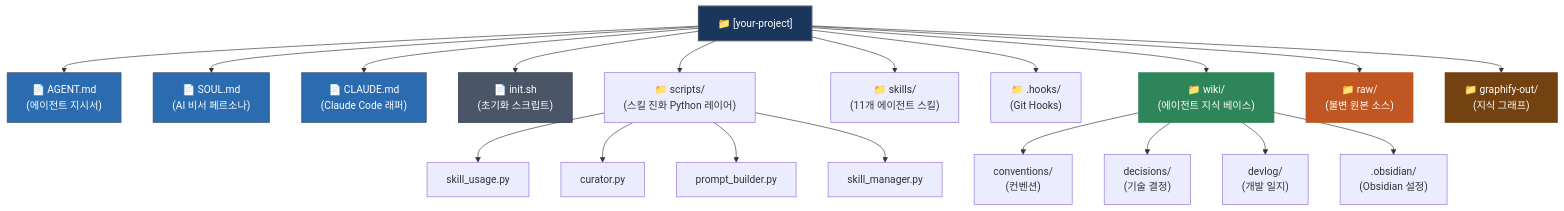
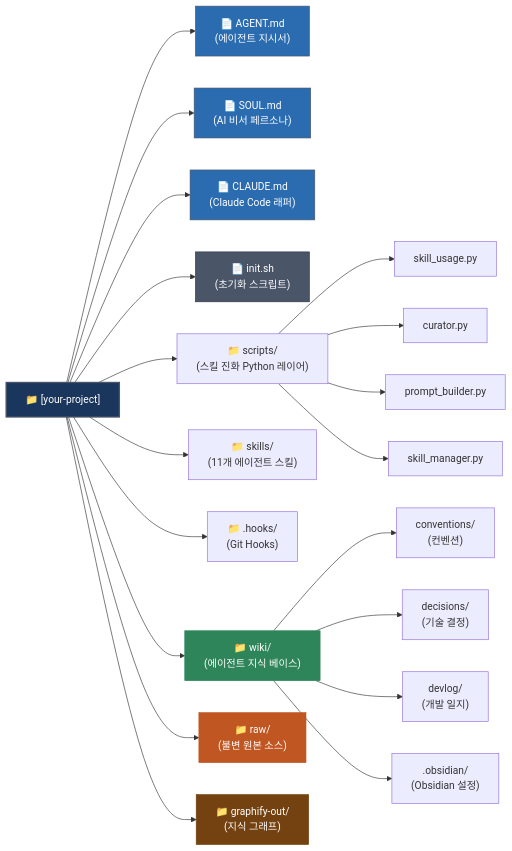
Before and after one commit to taejung3852/project-scaffold: the diagram in README.kr.md, drawn with Mermaid. The commit also changed other lines of this file and 4 other files, not shown here.

First line of the commit message:
feat: ingest/query에 Graphify 연동 추가, 도구 미설치 시 설치 안내로 변경

````diff
--- a/README.kr.md
+++ b/README.kr.md
@@ -630,40 +632,41 @@
 ```mermaid
-graph TD
+%%{init: {'flowchart': {'rankSpacing': 90}}}%%
+graph LR
     Root["📁 [your-project]"]
     
     %% 루트 파일들
     Root --> AGENT["📄 AGENT.md<br/>(에이전트 지시서)"]
     Root --> SOUL["📄 SOUL.md<br/>(AI 비서 페르소나)"]
     Root --> CLAUDE["📄 CLAUDE.md<br/>(Claude Code 래퍼)"]
     Root --> INIT["📄 init.sh<br/>(초기화 스크립트)"]
 
     %% 디렉토리들
     Root --> Scripts["📁 scripts/<br/>(스킬 진화 Python 레이어)"]
     Root --> Skills["📁 skills/<br/>(11개 에이전트 스킬)"]
     Root --> Hooks["📁 .hooks/<br/>(Git Hooks)"]
     Root --> Wiki["📁 wiki/<br/>(에이전트 지식 베이스)"]
     Root --> Raw["📁 raw/<br/>(불변 원본 소스)"]
     Root --> Graphify["📁 graphify-out/<br/>(지식 그래프)"]
 
     %% scripts 상세
     Scripts --> S_Usage["skill_usage.py"]
     Scripts --> S_Curator["curator.py"]
     Scripts --> S_Prompt["prompt_builder.py"]
     Scripts --> S_Manager["skill_manager.py"]
 
     %% wiki 상세
     Wiki --> W_Conv["conventions/<br/>(컨벤션)"]
     Wiki --> W_Dec["decisions/<br/>(기술 결정)"]
     Wiki --> W_Dev["devlog/<br/>(개발 일지)"]
     Wiki --> W_Obs[".obsidian/<br/>(Obsidian 설정)"]
 
     %% 스타일 정의 (Harmonious sleek theme)
     style Root fill:#1A365D,stroke:#4A5568,stroke-width:2px,color:#fff
     style AGENT fill:#2B6CB0,stroke:#4A5568,color:#fff
     style SOUL fill:#2B6CB0,stroke:#4A5568,color:#fff
     style CLAUDE fill:#2B6CB0,stroke:#4A5568,color:#fff
     style INIT fill:#4A5568,stroke:#2D3748,color:#fff
     style Wiki fill:#2F855A,stroke:#2F855A,color:#fff
     style Raw fill:#C05621,stroke:#C05621,color:#fff
     style Graphify fill:#744210,stroke:#744210,color:#fff
 ```
````
